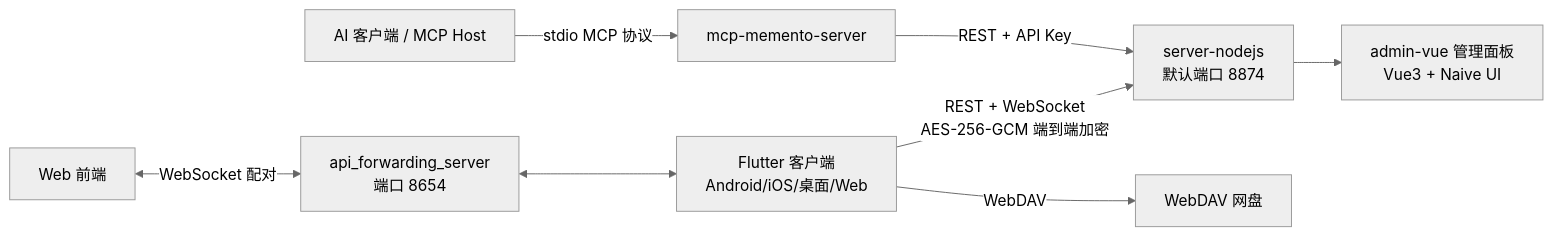
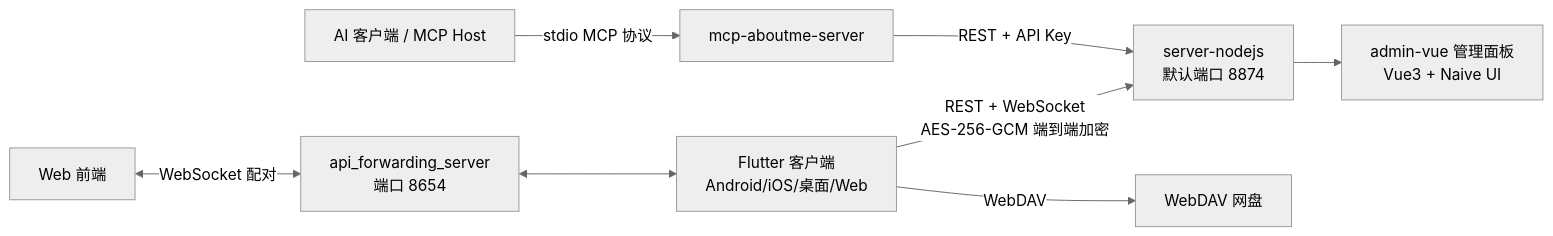
The diagram in claude/overview.md (hunmer/about-me), drawn with Mermaid (neutral theme) before and after one commit. The commit also changed other lines of this file and 1650 other files, not shown here.

````diff
--- a/claude/overview.md
+++ b/claude/overview.md
@@ -16,10 +16,10 @@
 ```mermaid
 graph LR
     App[Flutter 客户端<br/>Android/iOS/桌面/Web] -->|REST + WebSocket<br/>AES-256-GCM 端到端加密| Server[server-nodejs<br/>默认端口 8874]
     App -->|WebDAV| Cloud[WebDAV 网盘]
     Server --> Admin[admin-vue 管理面板<br/>Vue3 + Naive UI]
-    AI[AI 客户端 / MCP Host] -->|stdio MCP 协议| MCP[mcp-memento-server]
+    AI[AI 客户端 / MCP Host] -->|stdio MCP 协议| MCP[mcp-aboutme-server]
     MCP -->|REST + API Key| Server
     Web[Web 前端] <-->|WebSocket 配对| FWD[api_forwarding_server<br/>端口 8654]
     FWD <--> App
 ```
````
